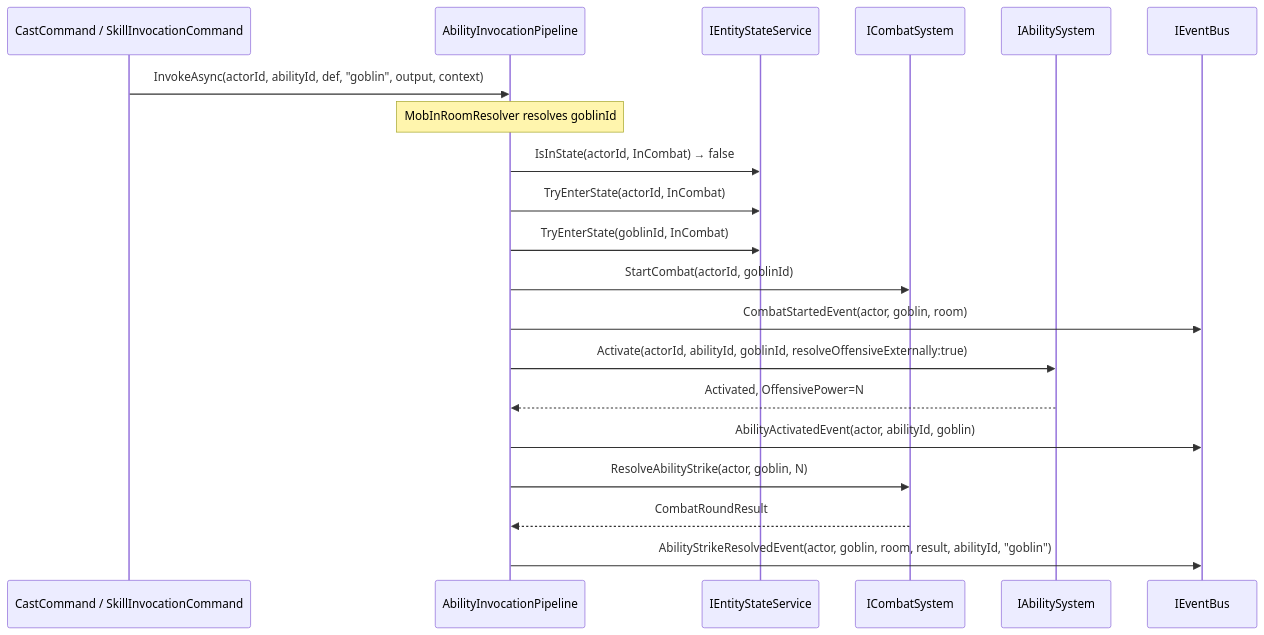
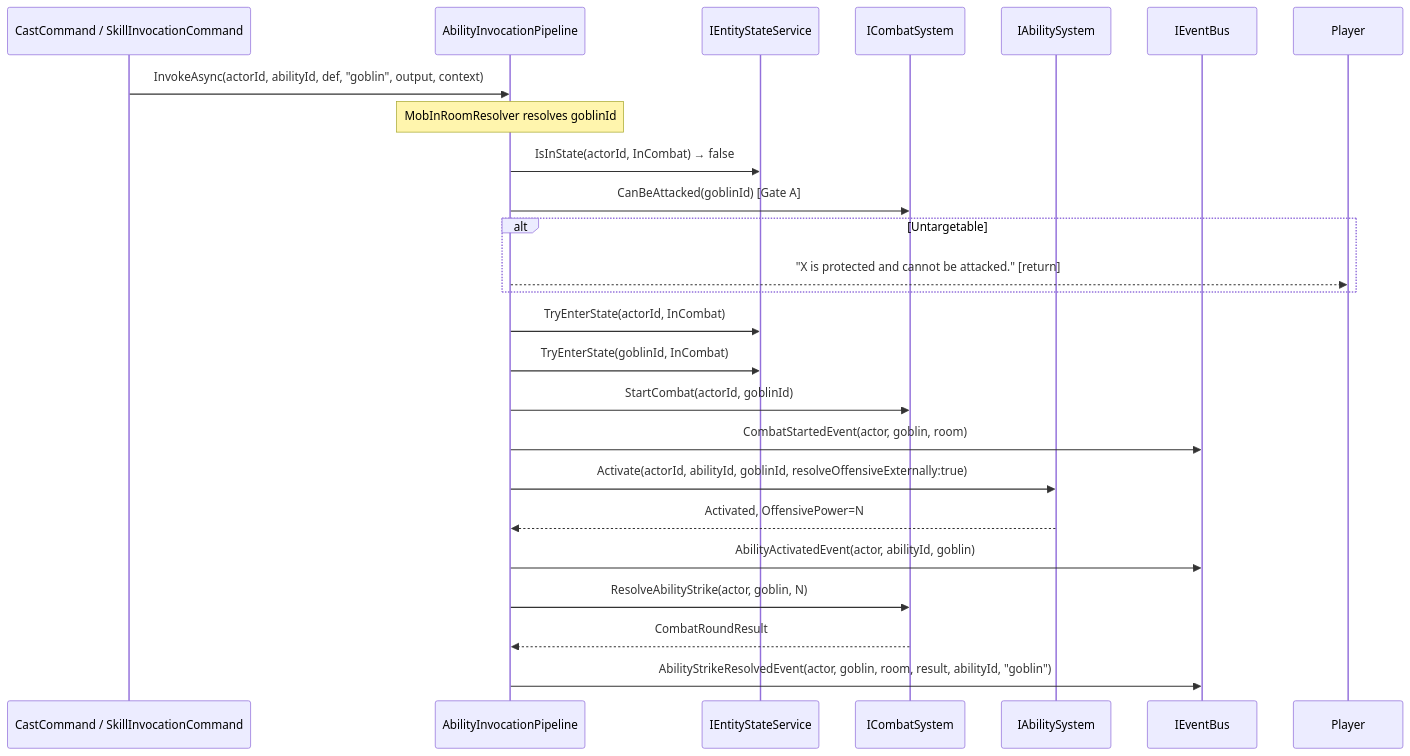
One commit to dmbyer/Hedron changed the third of 3 diagrams in docs/architecture/flows/flow-24-ability-activation.md. Above: the diagram before and after it, drawn with Mermaid. The commit also changed other lines of this file and 41 other files, not shown here.

````diff
--- a/docs/architecture/flows/flow-24-ability-activation.md
+++ b/docs/architecture/flows/flow-24-ability-activation.md
@@ -91,23 +91,27 @@
 ```mermaid
 sequenceDiagram
     participant Cmd as CastCommand / SkillInvocationCommand
     participant P as AbilityInvocationPipeline
     participant ESS as IEntityStateService
     participant CS as ICombatSystem
     participant AS as IAbilitySystem
     participant Bus as IEventBus
 
     Cmd->>P: InvokeAsync(actorId, abilityId, def, "goblin", output, context)
     note over P: MobInRoomResolver resolves goblinId
     P->>ESS: IsInState(actorId, InCombat) → false
+    P->>CS: CanBeAttacked(goblinId) [Gate A]
+    alt Untargetable
+        P-->>Player: "X is protected and cannot be attacked." [return]
+    end
     P->>ESS: TryEnterState(actorId, InCombat)
     P->>ESS: TryEnterState(goblinId, InCombat)
     P->>CS: StartCombat(actorId, goblinId)
     P->>Bus: CombatStartedEvent(actor, goblin, room)
     P->>AS: Activate(actorId, abilityId, goblinId, resolveOffensiveExternally:true)
     AS-->>P: Activated, OffensivePower=N
     P->>Bus: AbilityActivatedEvent(actor, abilityId, goblin)
     P->>CS: ResolveAbilityStrike(actor, goblin, N)
     CS-->>P: CombatRoundResult
     P->>Bus: AbilityStrikeResolvedEvent(actor, goblin, room, result, abilityId, "goblin")
 ```
````
